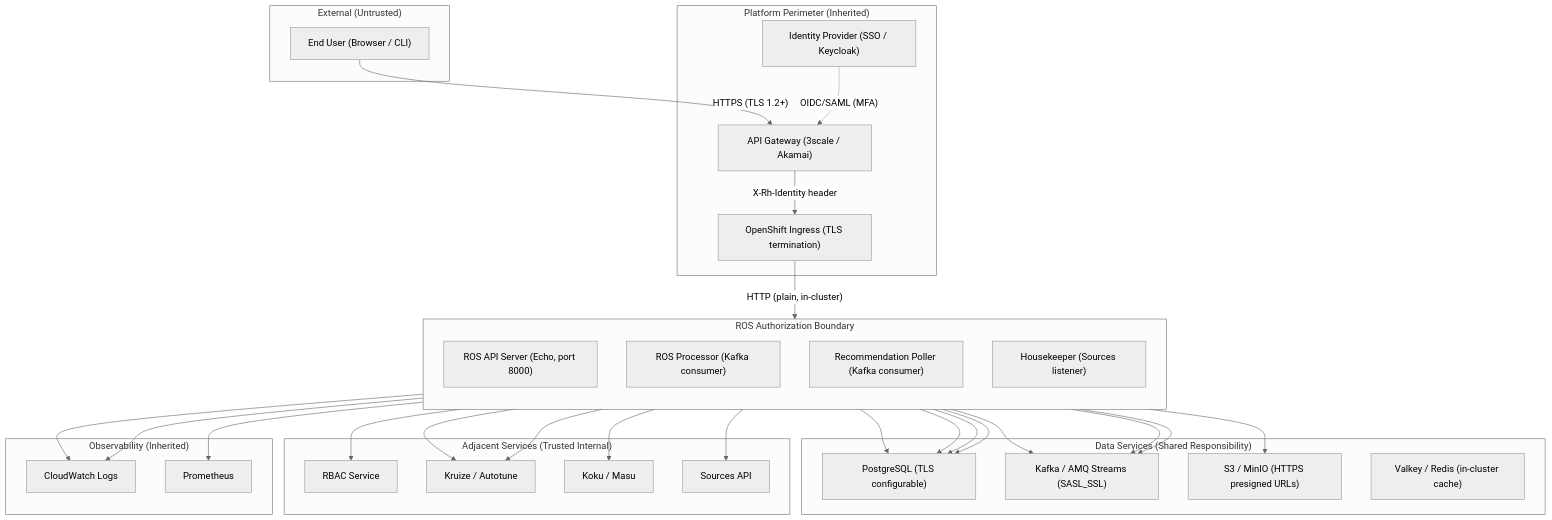
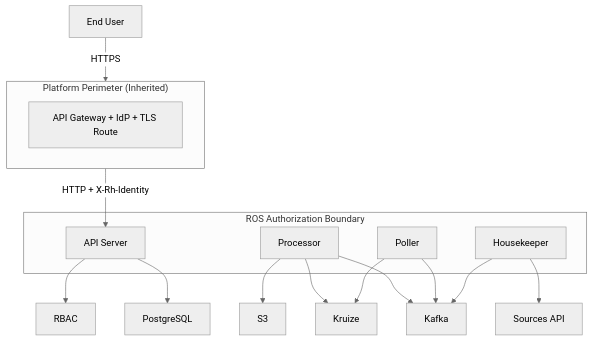
Before and after one commit to pgarciaq/ros-ocp-backend: the first of 2 diagrams in docs-site/security/compliance-architecture.md, drawn with Mermaid (neutral theme). The commit also changed other lines of this file, not shown here.

Commit message:
Simplify compliance diagrams for narrow viewports
- System boundary: collapse 6 subgraphs into a compact flowchart with
  inline nodes (removes Observability, merges IdP/Gateway/Route into one)
- Sequence diagram: reduce from 6 participants to 4 by merging IdP +
  Gateway + Router into "Platform"

````diff
--- a/docs-site/security/compliance-architecture.md
+++ b/docs-site/security/compliance-architecture.md
@@ -14,65 +14,25 @@
 ```mermaid
 flowchart TB
-    subgraph ext["External (Untrusted)"]
-        user["End User (Browser / CLI)"]
+    user["End User"] -->|"HTTPS"| platform
+    subgraph platform["Platform Perimeter (Inherited)"]
+        gw["API Gateway + IdP + TLS Route"]
+    end
+    platform -->|"HTTP + X-Rh-Identity"| api
+
+    subgraph boundary["ROS Authorization Boundary"]
+        api["API Server"]
+        processor["Processor"]
+        poller["Poller"]
+        housekeeper["Housekeeper"]
     end
 
-    subgraph perimeter["Platform Perimeter (Inherited)"]
-        gateway["API Gateway (3scale / Akamai)"]
-        idp["Identity Provider (SSO / Keycloak)"]
-        ingress["OpenShift Ingress (TLS termination)"]
-    end
-
-    subgraph boundary["ROS Authorization Boundary"]
-        direction TB
-        api["ROS API Server (Echo, port 8000)"]
-        processor["ROS Processor (Kafka consumer)"]
-        poller["Recommendation Poller (Kafka consumer)"]
-        housekeeper["Housekeeper (Sources listener)"]
-    end
-
-    subgraph data["Data Services (Shared Responsibility)"]
-        pg["PostgreSQL (TLS configurable)"]
-        kafka["Kafka / AMQ Streams (SASL_SSL)"]
-        s3["S3 / MinIO (HTTPS presigned URLs)"]
-        valkey["Valkey / Redis (in-cluster cache)"]
-    end
-
-    subgraph services["Adjacent Services (Trusted Internal)"]
-        rbac["RBAC Service"]
-        kruize["Kruize / Autotune"]
-        koku["Koku / Masu"]
-        sources["Sources API"]
-    end
-
-    subgraph observability["Observability (Inherited)"]
-        cw["CloudWatch Logs"]
-        prom["Prometheus"]
-    end
-
-    user -->|"HTTPS (TLS 1.2+)"| gateway
-    gateway -->|"X-Rh-Identity header"| ingress
-    idp -.->|"OIDC/SAML (MFA)"| gateway
-    ingress -->|"HTTP (plain, in-cluster)"| api
-
-    api --> pg
-    api --> rbac
-    api --> koku
-
-    processor --> kafka
-    processor --> pg
-    processor --> kruize
-    processor --> s3
-
+    api --> pg["PostgreSQL"]
+    api --> rbac["RBAC"]
+    processor --> kafka["Kafka"]
+    processor --> kruize["Kruize"]
+    processor --> s3["S3"]
     poller --> kafka
-    poller --> pg
     poller --> kruize
-
     housekeeper --> kafka
-    housekeeper --> pg
-    housekeeper --> sources
-
-    api --> cw
-    processor --> cw
-    api --> prom
+    housekeeper --> sources["Sources API"]
 ```
````
